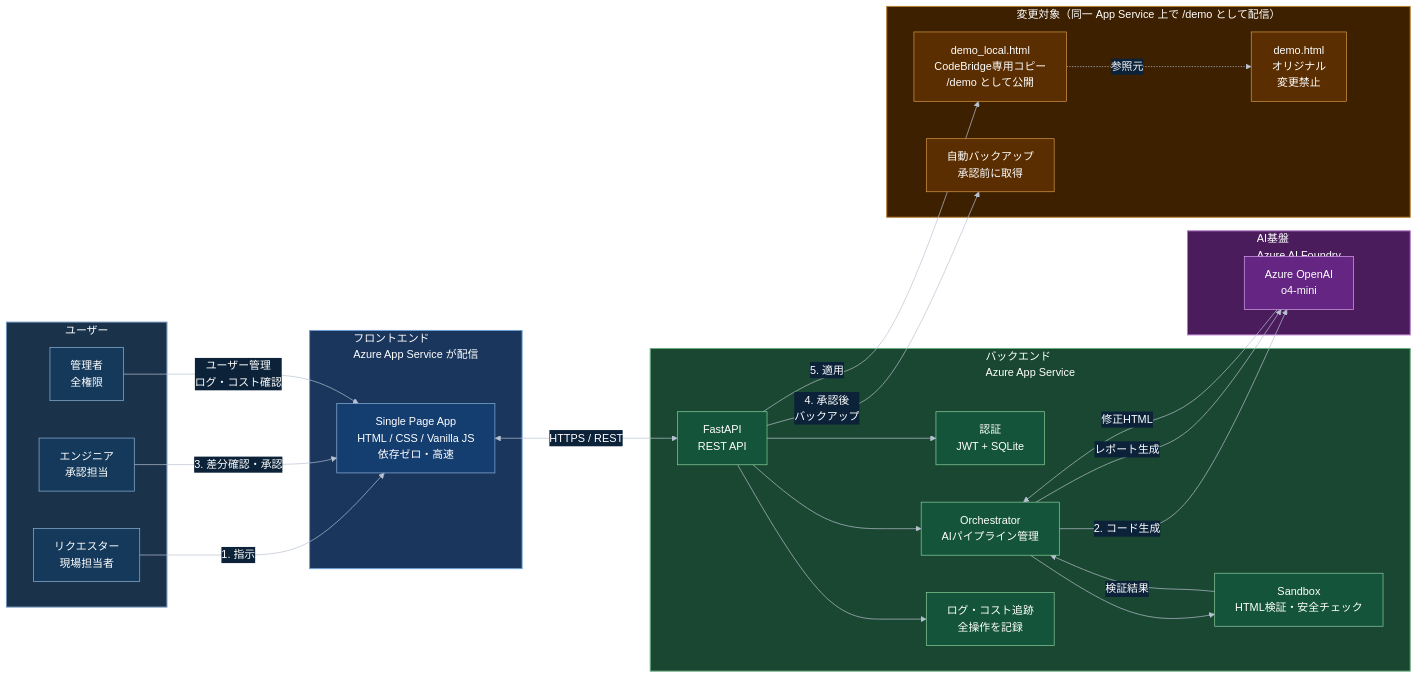
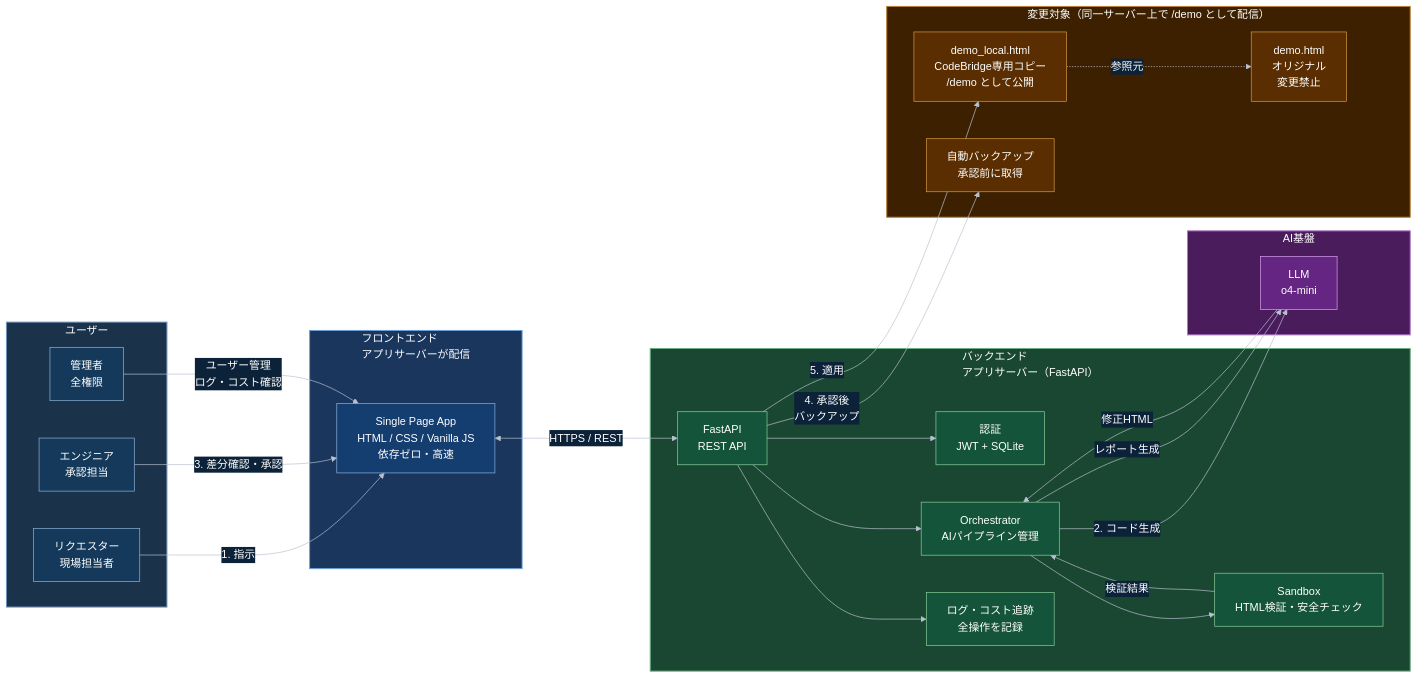
Before and after one commit to t-k-haru/CodeBridge: the first of 3 diagrams in README.md, drawn with Mermaid. The commit also changed other lines of this file and 3 other files, not shown here.

```diff
--- a/README.md
+++ b/README.md
@@ -147,11 +156,11 @@
         A["管理者<br/>全権限"]
     end
 
-            subgraph FE["フロントエンド<br/>Azure App Service が配信"]
+            subgraph FE["フロントエンド<br/>アプリサーバーが配信"]
         UI["Single Page App<br/>HTML / CSS / Vanilla JS<br/>依存ゼロ・高速"]
     end
 
-    subgraph BE["バックエンド<br/>Azure App Service"]
+    subgraph BE["バックエンド<br/>アプリサーバー（FastAPI）"]
         API["FastAPI<br/>REST API"]
         AUTH["認証<br/>JWT + SQLite"]
         ORCH["Orchestrator<br/>AIパイプライン管理"]
@@ -159,11 +168,11 @@
         LOG["ログ・コスト追跡<br/>全操作を記録"]
     end
 
-    subgraph AI["AI基盤<br/>Azure AI Foundry"]
-        OAI["Azure OpenAI<br/>o4-mini"]
+    subgraph AI["AI基盤"]
+        OAI["LLM<br/>o4-mini"]
     end
 
-        subgraph TARGET["変更対象（同一 App Service 上で /demo として配信）"]
+        subgraph TARGET["変更対象（同一サーバー上で /demo として配信）"]
         ORIG["demo.html<br/>オリジナル<br/>変更禁止"]
         LOCAL["demo_local.html<br/>CodeBridge専用コピー<br/>/demo として公開"]
         BACKUP["自動バックアップ<br/>承認前に取得"]
```
